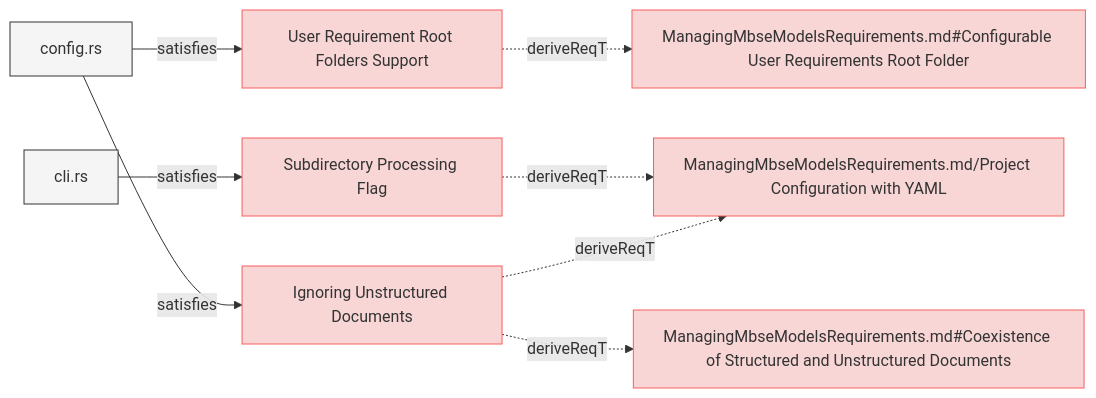
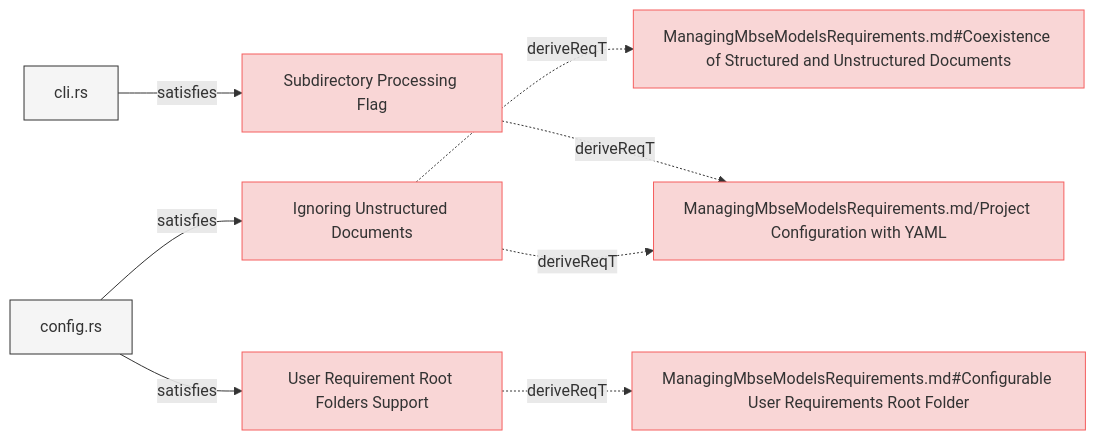
Before and after one commit to reqvire-org/reqvire: the second of 8 diagrams in specifications/SystemRequirements/Requirements.md, drawn with Mermaid. The commit also changed other lines of this file and 44 other files, not shown here.

Commit message:
Diagrams bug fixes. Test improvements.

````diff
--- a/specifications/SystemRequirements/Requirements.md
+++ b/specifications/SystemRequirements/Requirements.md
@@ -185,40 +191,43 @@
 ```mermaid
 graph LR;
   %% Graph styling
   classDef requirement fill:#f9d6d6,stroke:#f55f5f,stroke-width:1px;
   classDef verification fill:#d6f9d6,stroke:#5fd75f,stroke-width:1px;
   classDef externalLink fill:#d0e0ff,stroke:#3080ff,stroke-width:1px;
   classDef default fill:#f5f5f5,stroke:#333333,stroke-width:1px;
 
+  be83c2991e9535c7["Ignoring Unstructured Documents"];
+  class be83c2991e9535c7 requirement;
+  click be83c2991e9535c7 "Requirements.md#ignoring-unstructured-documents";
+  16b4b380c917deb1["ManagingMbseModelsRequirements.md/Project Configuration with YAML"];
+  class 16b4b380c917deb1 requirement;
+  click 16b4b380c917deb1 "../ManagingMbseModelsRequirements.md#project-configuration-with-yaml";
+  be83c2991e9535c7 -.->|deriveReqT| 16b4b380c917deb1;
+  f0d721424636370e["ManagingMbseModelsRequirements.md#Coexistence of Structured and Unstructured Documents"];
+  class f0d721424636370e requirement;
+  click f0d721424636370e "../ManagingMbseModelsRequirements.md#coexistence-of-structured-and-unstructured-documents";
+  be83c2991e9535c7 -.->|deriveReqT| f0d721424636370e;
+  8419dcc77d92b609["config.rs"];
+  class 8419dcc77d92b609 default;
+  click 8419dcc77d92b609 "../../cli/src/config.rs";
+  8419dcc77d92b609 -->|satisfies| be83c2991e9535c7;
+  b3ba32cfbb28941c["Subdirectory Processing Flag"];
+  class b3ba32cfbb28941c requirement;
+  click b3ba32cfbb28941c "Requirements.md#subdirectory-processing-flag";
+  b3ba32cfbb28941c -.->|deriveReqT| 16b4b380c917deb1;
+  80defdd4cbc7ee18["cli.rs"];
+  class 80defdd4cbc7ee18 default;
+  click 80defdd4cbc7ee18 "../../cli/src/cli.rs";
+  80defdd4cbc7ee18 -->|satisfies| b3ba32cfbb28941c;
   a9d6e2569d5acd60["User Requirement Root Folders Support"];
-  click a9d6e2569d5acd60 "specifications/SystemRequirements/Requirements.md#user-requirement-root-folders-support#user-requirement-root-folders-support";
   class a9d6e2569d5acd60 requirement;
+  click a9d6e2569d5acd60 "Requirements.md#user-requirement-root-folders-support";
   d9354ef2eca0f2d0["ManagingMbseModelsRequirements.md#Configurable User Requirements Root Folder"];
   class d9354ef2eca0f2d0 requirement;
-  click d9354ef2eca0f2d0 "specifications/ManagingMbseModelsRequirements.md#configurable-user-requirements-root-folder#configurable-user-requirements-root-folder";
+  click d9354ef2eca0f2d0 "../ManagingMbseModelsRequirements.md#configurable-user-requirements-root-folder";
   a9d6e2569d5acd60 -.->|deriveReqT| d9354ef2eca0f2d0;
   8419dcc77d92b609["config.rs"];
   class 8419dcc77d92b609 default;
-  click 8419dcc77d92b609 "cli/src/config.rs";
+  click 8419dcc77d92b609 "../../cli/src/config.rs";
   8419dcc77d92b609 -->|satisfies| a9d6e2569d5acd60;
-  b3ba32cfbb28941c["Subdirectory Processing Flag"];
-  click b3ba32cfbb28941c "specifications/SystemRequirements/Requirements.md#subdirectory-processing-flag#subdirectory-processing-flag";
-  class b3ba32cfbb28941c requirement;
-  16b4b380c917deb1["ManagingMbseModelsRequirements.md/Project Configuration with YAML"];
-  class 16b4b380c917deb1 requirement;
-  click 16b4b380c917deb1 "specifications/ManagingMbseModelsRequirements.md#project-configuration-with-yaml#project-configuration-with-yaml";
-  b3ba32cfbb28941c -.->|deriveReqT| 16b4b380c917deb1;
-  80defdd4cbc7ee18["cli.rs"];
-  class 80defdd4cbc7ee18 default;
-  click 80defdd4cbc7ee18 "cli/src/cli.rs";
-  80defdd4cbc7ee18 -->|satisfies| b3ba32cfbb28941c;
-  be83c2991e9535c7["Ignoring Unstructured Documents"];
-  click be83c2991e9535c7 "specifications/SystemRequirements/Requirements.md#ignoring-unstructured-documents#ignoring-unstructured-documents";
-  class be83c2991e9535c7 requirement;
-  be83c2991e9535c7 -.->|deriveReqT| 16b4b380c917deb1;
-  f0d721424636370e["ManagingMbseModelsRequirements.md#Coexistence of Structured and Unstructured Documents"];
-  class f0d721424636370e requirement;
-  click f0d721424636370e "specifications/ManagingMbseModelsRequirements.md#coexistence-of-structured-and-unstructured-documents#coexistence-of-structured-and-unstructured-documents";
-  be83c2991e9535c7 -.->|deriveReqT| f0d721424636370e;
-  8419dcc77d92b609 -->|satisfies| be83c2991e9535c7;
 ```
````
